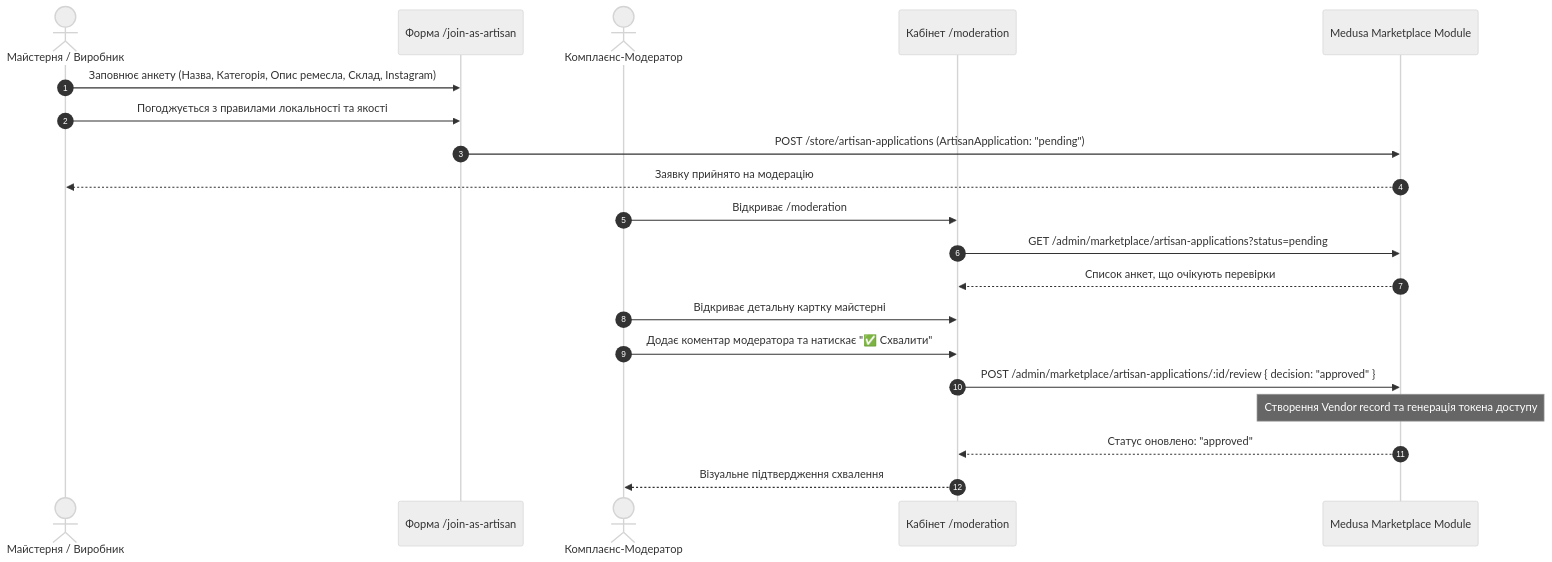
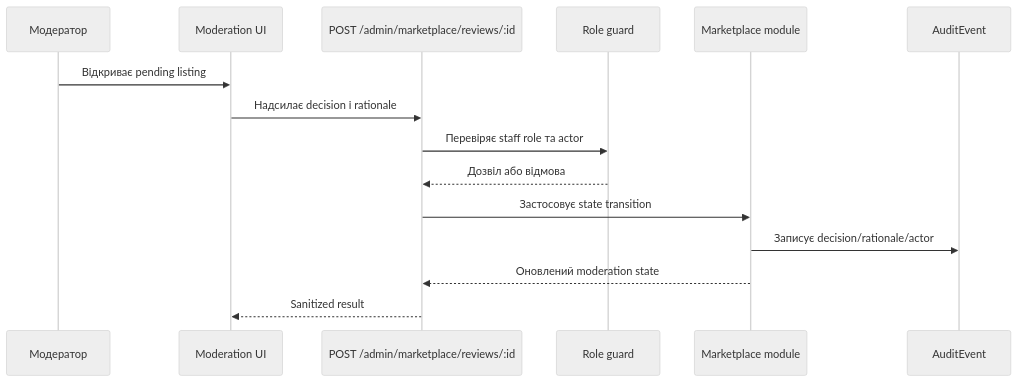
The third of 5 diagrams in docs/architecture/sequence-diagrams.md (Georgekgk2/Life-MP), drawn with Mermaid (neutral theme) before and after one commit. The commit also changed other lines of this file and 110 other files, not shown here.

````diff
--- a/docs/architecture/sequence-diagrams.md
+++ b/docs/architecture/sequence-diagrams.md
@@ -128,26 +53,18 @@
 ```mermaid
 sequenceDiagram
-    autonumber
-    actor Artisan as Майстерня / Виробник
-    participant Form as Форма /join-as-artisan
-    actor Moderator as Комплаєнс-Модератор
-    participant Dashboard as Кабінет /moderation
-    participant Backend as Medusa Marketplace Module
+    participant Reviewer as Модератор
+    participant Dashboard as Moderation UI
+    participant API as POST /admin/marketplace/reviews/:id
+    participant Guard as Role guard
+    participant Module as Marketplace module
+    participant Audit as AuditEvent
 
-    Artisan->>Form: Заповнює анкету (Назва, Категорія, Опис ремесла, Склад, Instagram)
-    Artisan->>Form: Погоджується з правилами локальності та якості
-    Form->>Backend: POST /store/artisan-applications (ArtisanApplication: "pending")
-    Backend-->>Artisan: Заявку прийнято на модерацію
-
-    Moderator->>Dashboard: Відкриває /moderation
-    Dashboard->>Backend: GET /admin/marketplace/artisan-applications?status=pending
-    Backend-->>Dashboard: Список анкет, що очікують перевірки
-
-    Moderator->>Dashboard: Відкриває детальну картку майстерні
-    Moderator->>Dashboard: Додає коментар модератора та натискає "✅ Схвалити"
-
-    Dashboard->>Backend: POST /admin/marketplace/artisan-applications/:id/review { decision: "approved" }
-    Note over Backend: Створення Vendor record та генерація токена доступу
-    Backend-->>Dashboard: Статус оновлено: "approved"
-    Dashboard-->>Moderator: Візуальне підтвердження схвалення
+    Reviewer->>Dashboard: Відкриває pending listing
+    Dashboard->>API: Надсилає decision і rationale
+    API->>Guard: Перевіряє staff role та actor
+    Guard-->>API: Дозвіл або відмова
+    API->>Module: Застосовує state transition
+    Module->>Audit: Записує decision/rationale/actor
+    Module-->>API: Оновлений moderation state
+    API-->>Dashboard: Sanitized result
 ```
````
